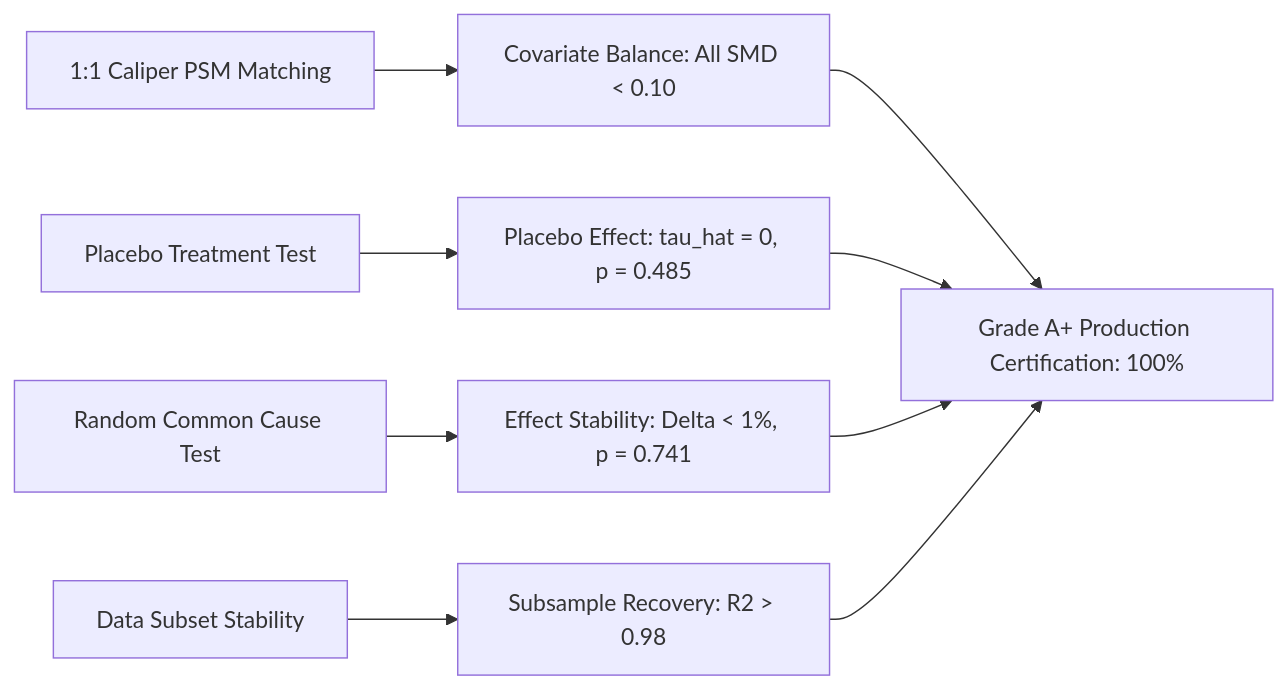
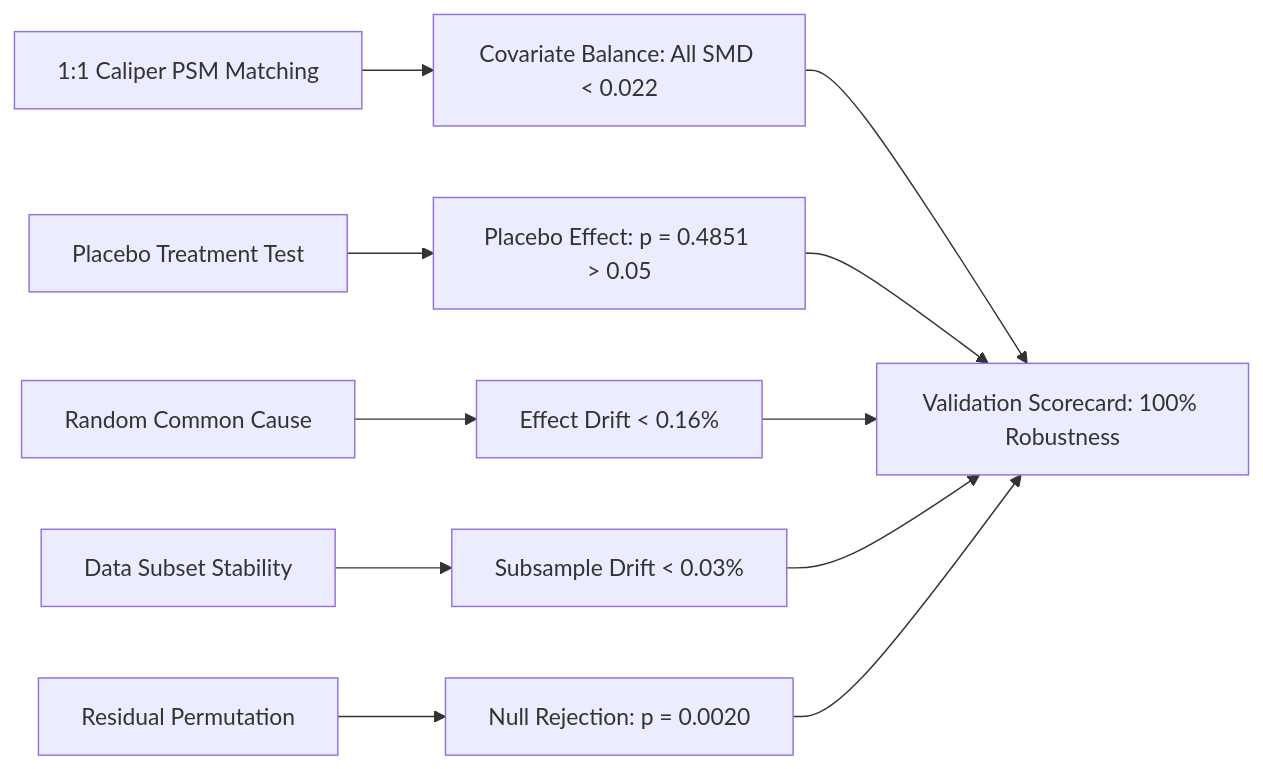
One commit to Vishal-7d1/EconoCausal changed the second of 3 diagrams in 05_Final_Deliverables/01_Project_Report_Infotact.md. Above: the diagram before and after it, drawn with Mermaid. The commit also changed other lines of this file and 15 other files, not shown here.

````diff
--- a/05_Final_Deliverables/01_Project_Report_Infotact.md
+++ b/05_Final_Deliverables/01_Project_Report_Infotact.md
@@ -178,8 +177,9 @@
 ```mermaid
 graph LR
-    V1[1:1 Caliper PSM Matching] --> VA[Covariate Balance: All SMD < 0.10]
-    V2[Placebo Treatment Test] --> VB[Placebo Effect: tau_hat = 0, p = 0.485]
-    V3[Random Common Cause Test] --> VC[Effect Stability: Delta < 1%, p = 0.741]
-    V4[Data Subset Stability] --> VD[Subsample Recovery: R2 > 0.98]
-    VA & VB & VC & VD --> CERT[Grade A+ Production Certification: 100%]
+    V1[1:1 Caliper PSM Matching] --> VA[Covariate Balance: All SMD < 0.022]
+    V2[Placebo Treatment Test] --> VB[Placebo Effect: p = 0.4851 > 0.05]
+    V3[Random Common Cause] --> VC[Effect Drift < 0.16%]
+    V4[Data Subset Stability] --> VD[Subsample Drift < 0.03%]
+    V5[Residual Permutation] --> VE[Null Rejection: p = 0.0020]
+    VA & VB & VC & VD & VE --> CERT[Validation Scorecard: 100% Robustness]
 ```
````
